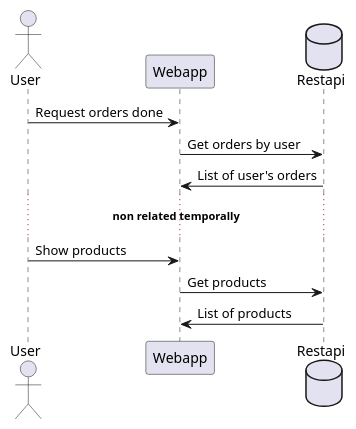
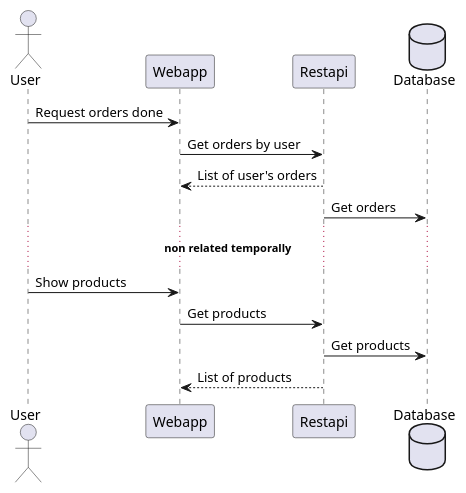
One commit to Arquisoft/dede_es5a changed the second of 5 diagrams in docs/06_runtime_view.adoc. Above: the diagram before and after it, drawn with PlantUML. The commit also changed other lines of this file, not shown here.

First line of the commit message:
Diagramas de secuencia corregidos

```diff
--- a/docs/06_runtime_view.adoc
+++ b/docs/06_runtime_view.adoc
@@ -69,17 +69,19 @@
 [plantuml,"Sequence diagram",png]
 ----
 @startuml
 actor User
 User -> Webapp: Request orders done
-
-database Restapi
+participant Restapi
+database Database
 Webapp -> Restapi: Get orders by user
-Webapp <- Restapi: List of user's orders
+Webapp <-- Restapi: List of user's orders
+Restapi -> Database: Get orders
 
 ... **non related temporally** ...
 
 User -> Webapp: Show products
 Webapp -> Restapi: Get products
-Webapp <- Restapi: List of products
+Restapi -> Database: Get products
+Webapp <-- Restapi: List of products
 @enduml
 ----
```
